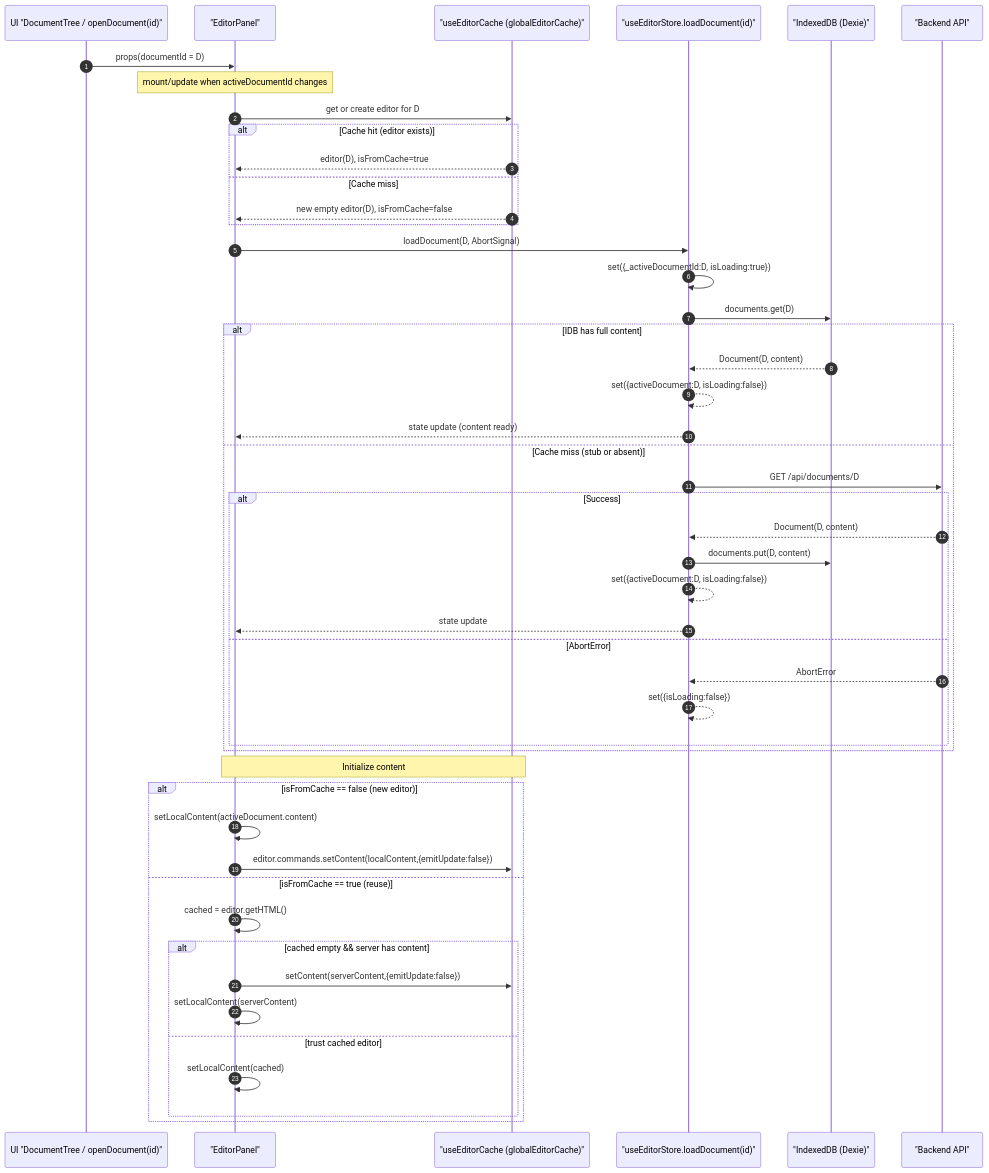
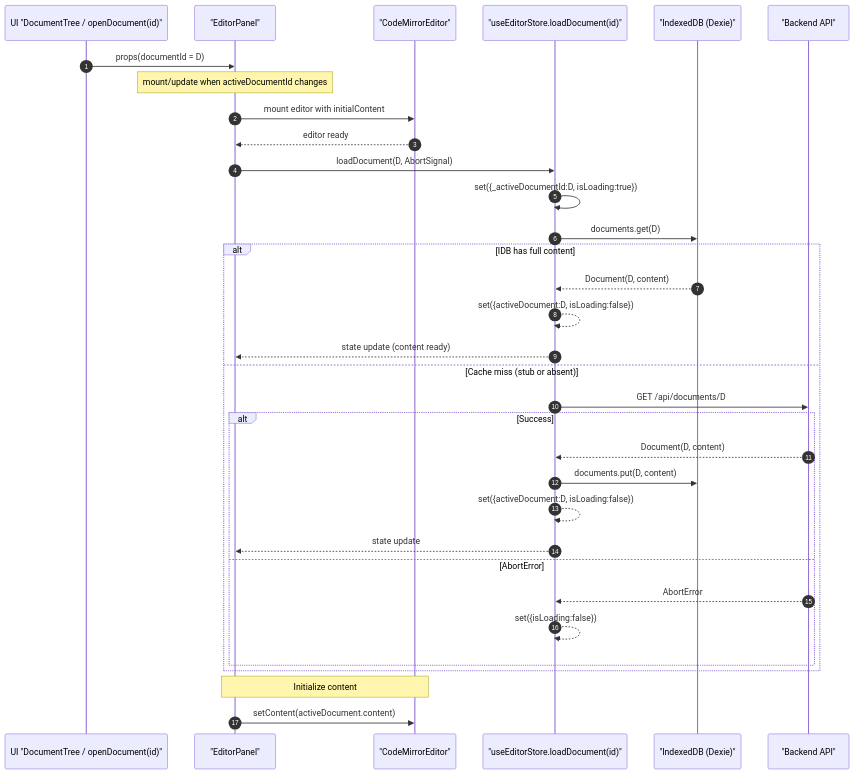
Before and after one commit to haowjy/meridian: the first of 5 diagrams in _docs/technical/frontend/editor-caching.md, drawn with Mermaid. The commit also changed other lines of this file and 18 other files, not shown here.

Commit message:
Update documentation to reflect CodeMirror integration

````diff
--- a/_docs/technical/frontend/editor-caching.md
+++ b/_docs/technical/frontend/editor-caching.md
@@ -23,54 +23,39 @@
 ```mermaid
 sequenceDiagram
     autonumber
     participant UI as UI "DocumentTree / openDocument(id)"
     participant Panel as "EditorPanel"
-    participant EC as "useEditorCache (globalEditorCache)"
+    participant EC as "CodeMirrorEditor"
     participant Store as "useEditorStore.loadDocument(id)"
     participant IDB as "IndexedDB (Dexie)"
     participant API as "Backend API"
 
     UI->>Panel: props(documentId = D)
     Note over Panel: mount/update when activeDocumentId changes
 
-    Panel->>EC: get or create editor for D
-    alt Cache hit (editor exists)
-        EC-->>Panel: editor(D), isFromCache=true
-    else Cache miss
-        EC-->>Panel: new empty editor(D), isFromCache=false
-    end
+    Panel->>EC: mount editor with initialContent
+    EC-->>Panel: editor ready
 
     Panel->>Store: loadDocument(D, AbortSignal)
     Store->>Store: set({_activeDocumentId:D, isLoading:true})
     Store->>IDB: documents.get(D)
     alt IDB has full content
         IDB-->>Store: Document(D, content)
         Store-->>Store: set({activeDocument:D, isLoading:false})
         Store-->>Panel: state update (content ready)
     else Cache miss (stub or absent)
         Store->>API: GET /api/documents/D
         alt Success
             API-->>Store: Document(D, content)
             Store->>IDB: documents.put(D, content)
             Store-->>Store: set({activeDocument:D, isLoading:false})
             Store-->>Panel: state update
         else AbortError
             API-->>Store: AbortError
             Store-->>Store: set({isLoading:false})
         end
     end
 
     Note over Panel,EC: Initialize content
-    alt isFromCache == false (new editor)
-        Panel->>Panel: setLocalContent(activeDocument.content)
-        Panel->>EC: editor.commands.setContent(localContent,{emitUpdate:false})
-    else isFromCache == true (reuse)
-        Panel->>Panel: cached = editor.getHTML()
-        alt cached empty && server has content
-            Panel->>EC: setContent(serverContent,{emitUpdate:false})
-            Panel->>Panel: setLocalContent(serverContent)
-        else trust cached editor
-            Panel->>Panel: setLocalContent(cached)
-        end
-    end
+    Panel->>EC: setContent(activeDocument.content)
 ```
````
